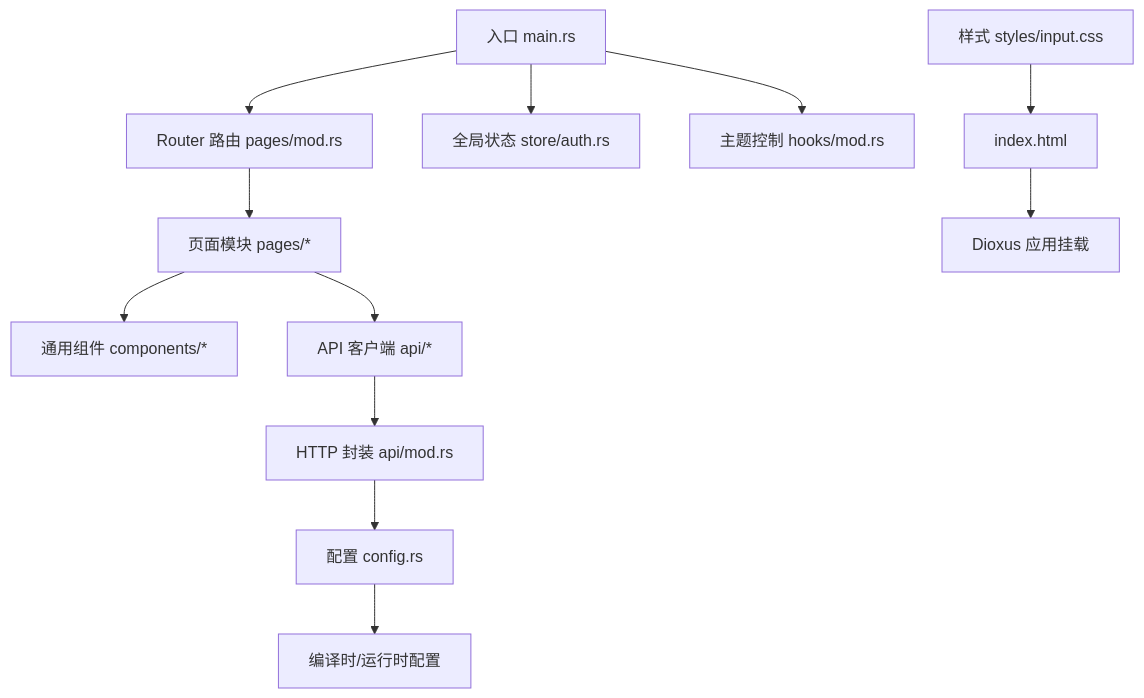
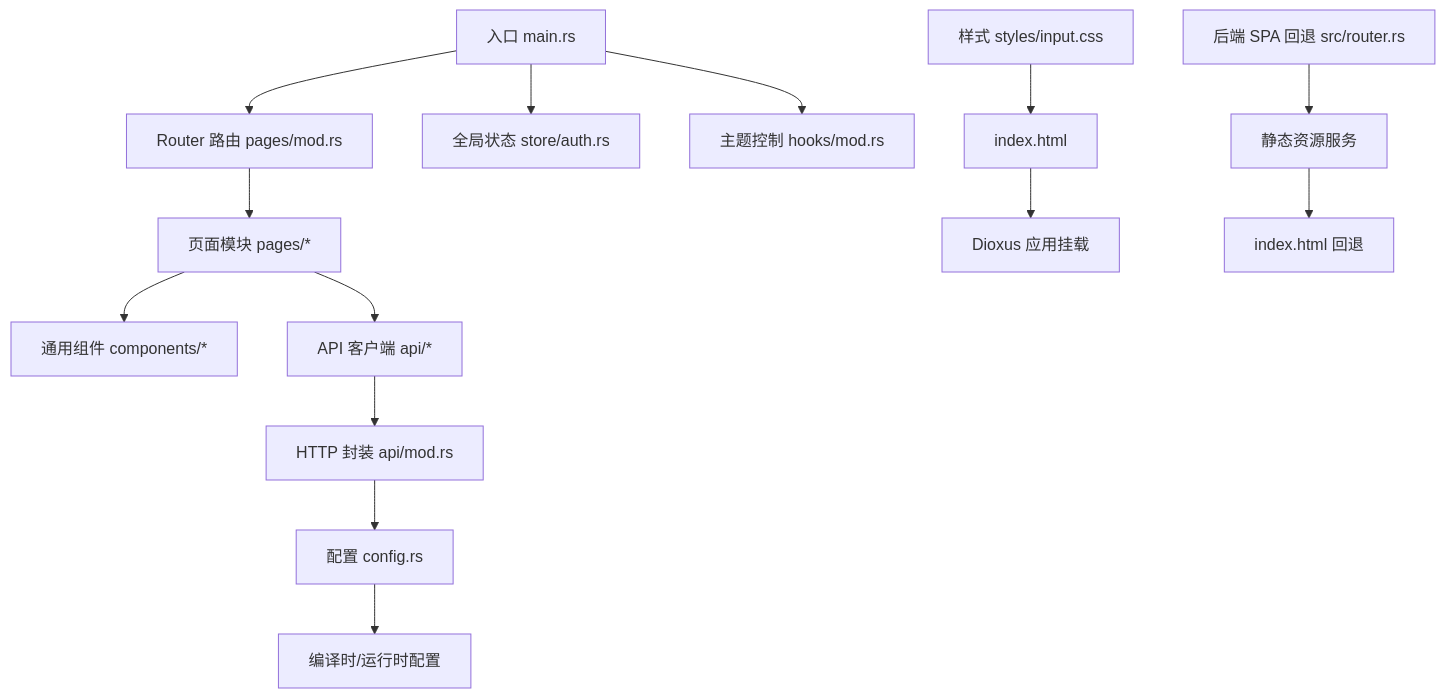
Before and after one commit to runningcoders/ai_orz: the first of 11 diagrams in .qoder/repowiki/zh/content/前端应用/前端应用.md, drawn with Mermaid. The commit also changed other lines of this file and 133 other files, not shown here.

````diff
--- a/.qoder/repowiki/zh/content/前端应用/前端应用.md
+++ b/.qoder/repowiki/zh/content/前端应用/前端应用.md
@@ -45,14 +60,16 @@
 ```mermaid
 graph TB
 A["入口 main.rs"] --> B["Router 路由 pages/mod.rs"]
 A --> C["全局状态 store/auth.rs"]
 A --> D["主题控制 hooks/mod.rs"]
 B --> E["页面模块 pages/*"]
 E --> F["通用组件 components/*"]
 E --> G["API 客户端 api/*"]
 G --> H["HTTP 封装 api/mod.rs"]
 H --> I["配置 config.rs"]
 I --> J["编译时/运行时配置"]
 K["样式 styles/input.css"] --> L["index.html"]
 L --> M["Dioxus 应用挂载"]
+N["后端 SPA 回退 src/router.rs"] --> O["静态资源服务"]
+O --> P["index.html 回退"]
 ```
````
